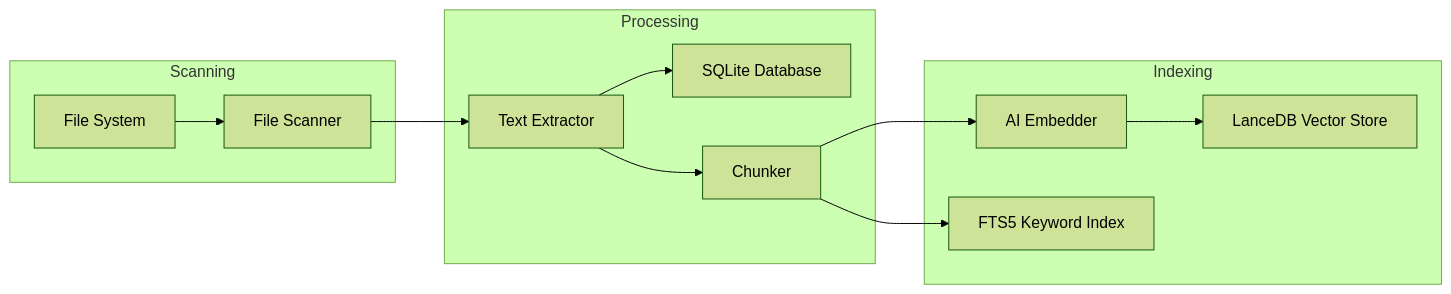
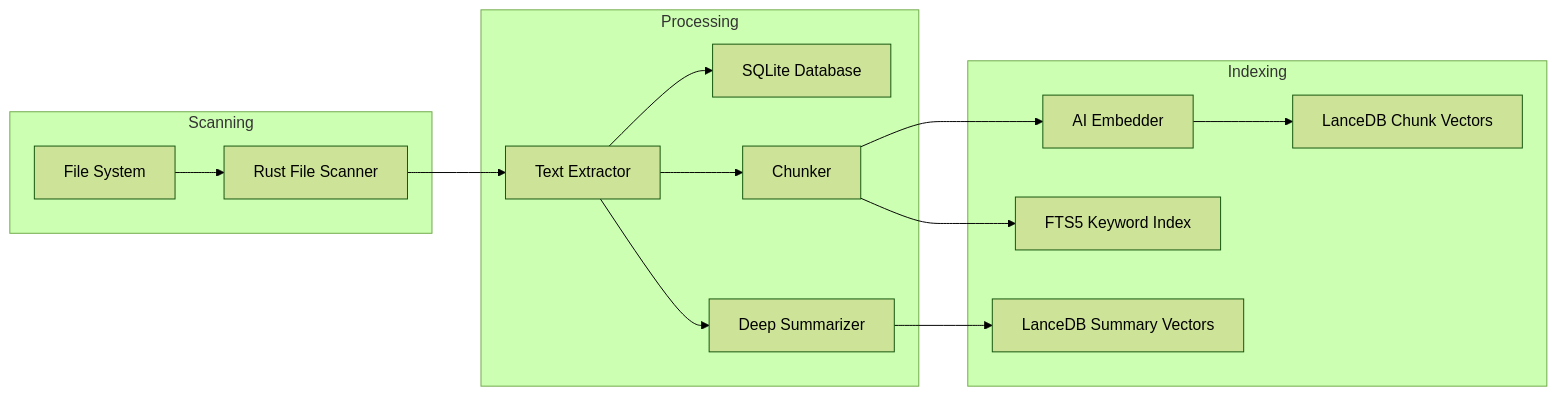
One commit to Binitpyro/Personal_Memory_Assistant changed the first of 2 diagrams in README.md. Above: the diagram before and after it, drawn with Mermaid (forest theme). The commit also changed other lines of this file, not shown here.

First line of the commit message:
Update README with version and architecture details

````diff
--- a/README.md
+++ b/README.md
@@ -155,18 +155,20 @@
 ```mermaid
 graph LR
     subgraph "Scanning"
-        A[File System] --> B[File Scanner]
+        A[File System] --> B[Rust File Scanner]
     end
-    
+
     subgraph "Processing"
         B --> C[Text Extractor]
         C --> D[SQLite Database]
         C --> E[Chunker]
+        C --> S[Deep Summarizer]
     end
-    
+
     subgraph "Indexing"
         E --> F[AI Embedder]
-        F --> G[LanceDB Vector Store]
+        F --> G[LanceDB Chunk Vectors]
         E --> H[FTS5 Keyword Index]
+        S --> G2[LanceDB Summary Vectors]
     end
 ```
````
